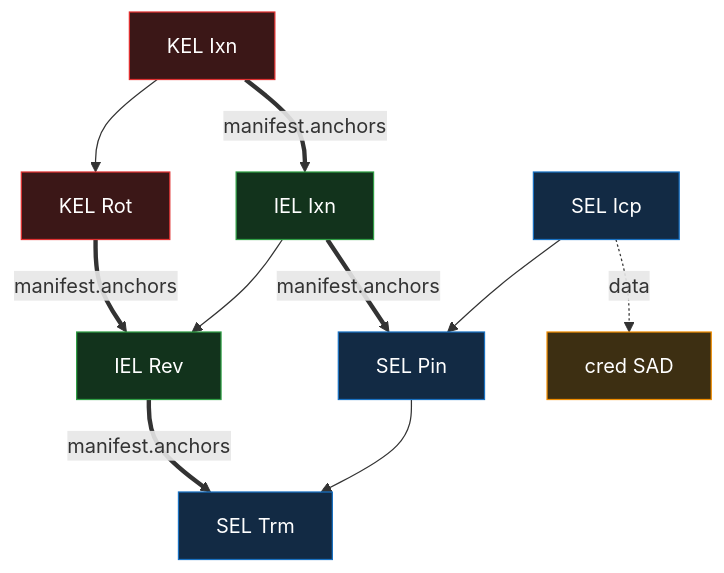
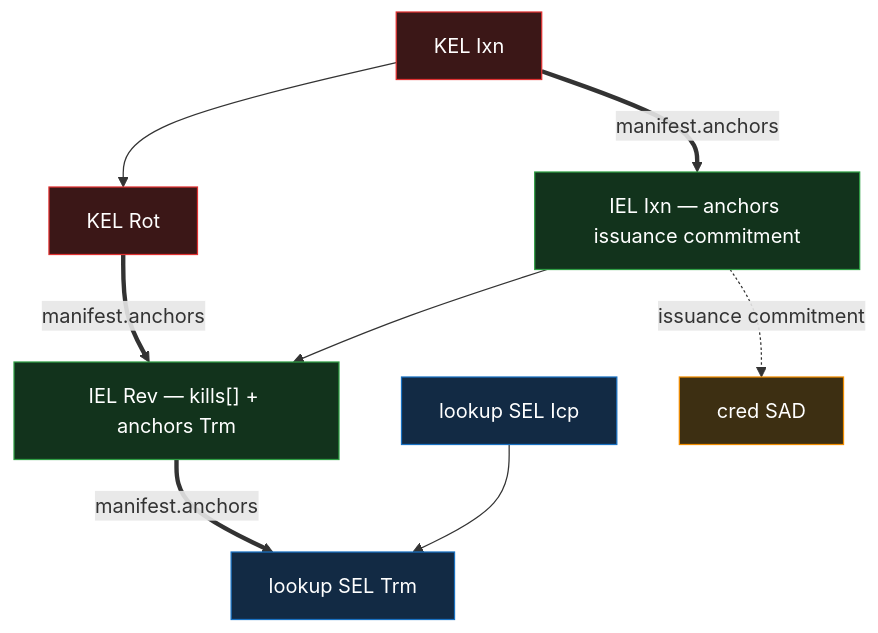
The seventh of 7 diagrams in docs/design/primitives/data/event-logs/event-shape.md (jasoncolburne/vdti), drawn with Mermaid before and after one commit. The commit also changed other lines of this file and 1 other file, not shown here.

````diff
--- a/docs/design/primitives/data/event-logs/event-shape.md
+++ b/docs/design/primitives/data/event-logs/event-shape.md
@@ -634,16 +639,15 @@
 ```mermaid
 flowchart TB
   kIxn["KEL Ixn"]:::kel --> kRot["KEL Rot"]:::kel
-  iIxn["IEL Ixn"]:::iel --> iRev["IEL Rev"]:::iel
-  sIcp["SEL Icp"]:::sel --> sPin["SEL Pin"]:::sel --> sTrm["SEL Trm"]:::sel
+  iIxn["IEL Ixn — anchors issuance commitment"]:::iel --> iRev["IEL Rev — kills[] + anchors Trm"]:::iel
+  sIcp["lookup SEL Icp"]:::sel --> sTrm["lookup SEL Trm"]:::sel
   Cred["cred SAD"]:::doc
   kIxn ==>|manifest.anchors| iIxn
   kRot ==>|manifest.anchors| iRev
-  iIxn ==>|manifest.anchors| sPin
+  iIxn -.->|issuance commitment| Cred
   iRev ==>|manifest.anchors| sTrm
-  sIcp -.->|data| Cred
   classDef kel fill:#3b1717,stroke:#e03131,color:#fff
   classDef iel fill:#12331c,stroke:#2f9e44,color:#fff
   classDef sel fill:#122a44,stroke:#1971c2,color:#fff
   classDef doc fill:#3d2f12,stroke:#f08c00,color:#fff
 ```
````
